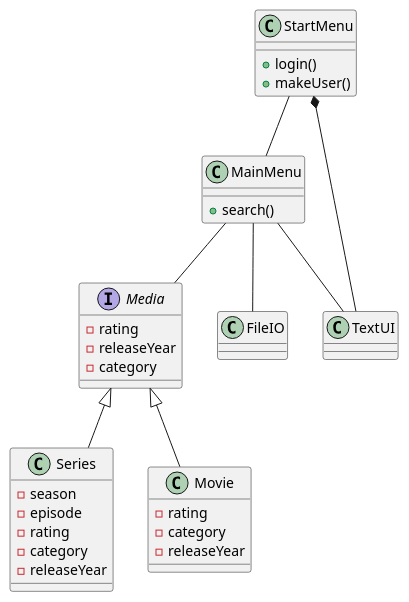
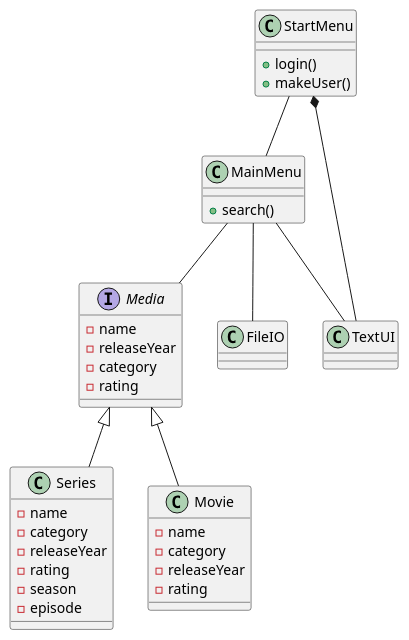
The diagram in out/production/SP3GruppeHProjektChill/plan-ish.puml (LUJHNA/SP3GruppeHProjektChill), drawn with PlantUML before and after one commit. The commit also changed 1 other file, not shown here.

Commit message:
Series class inherit from abstract media

```diff
--- a/out/production/SP3GruppeHProjektChill/plan-ish.puml
+++ b/out/production/SP3GruppeHProjektChill/plan-ish.puml
@@ -1,39 +1,43 @@
 @startuml
 interface Media
 class Series
 class Movie
 class FileIO
 class StartMenu
 class MainMenu
 class TextUI
 
 StartMenu -- MainMenu
 MainMenu-- Media
 
 Media <|-- Series
 Media <|-- Movie
 
 MainMenu -- TextUI
 MainMenu-- FileIO
 StartMenu *-- TextUI
 
-Media : - rating
+Media : - name
 Media : - releaseYear
 Media : - category
+Media : - rating
 
+
+Series : - name
+Series : - category
+Series : - releaseYear
+Series : - rating
 Series : - season
 Series : - episode
-Series : - rating
-Series : - category
-Series : - releaseYear
 
-Movie : - rating
+Movie : - name
 Movie : - category
 Movie : - releaseYear
+Movie : - rating
 
 StartMenu : + login()
 StartMenu : + makeUser()
 
 MainMenu : + search()
 
 @enduml
```
